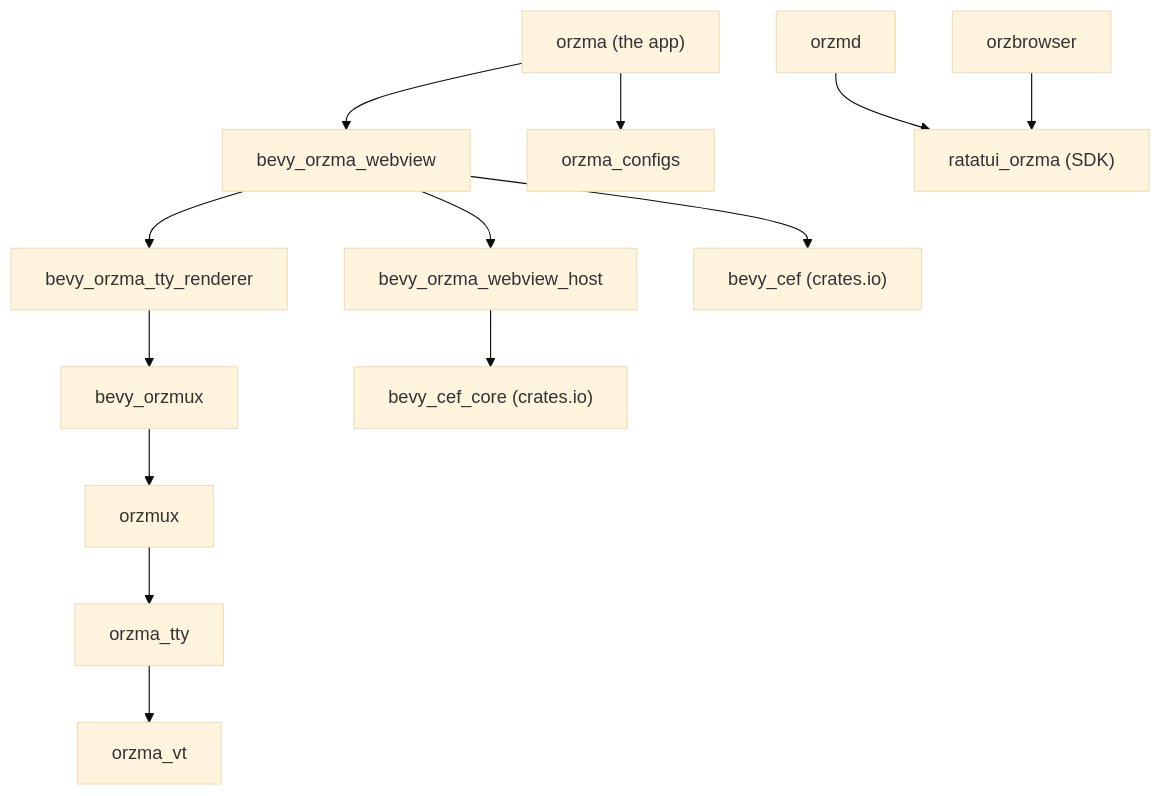
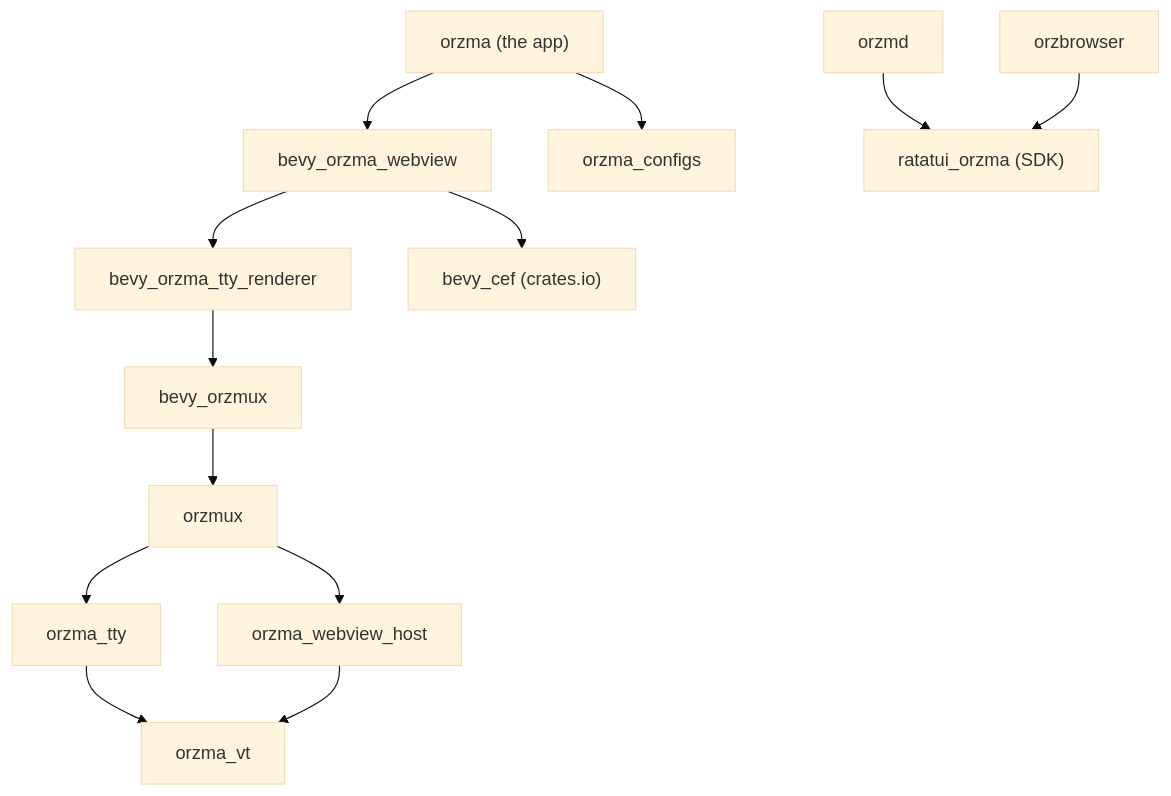
Before and after one commit to not-elm/orzma: the diagram in CONTRIBUTING.md, drawn with Mermaid (base theme). The commit also changed other lines of this file and 13 other files, not shown here.

````diff
--- a/CONTRIBUTING.md
+++ b/CONTRIBUTING.md
@@ -58,29 +55,28 @@
 ```mermaid
 flowchart TD
     orzma["orzma (the app)"]
     webview["bevy_orzma_webview"]
-    host["bevy_orzma_webview_host"]
+    host["orzma_webview_host"]
     renderer["bevy_orzma_tty_renderer"]
     bevy_orzmux["bevy_orzmux"]
     orzmux["orzmux"]
     tty["orzma_tty"]
     vt["orzma_vt"]
     configs["orzma_configs"]
     cef["bevy_cef (crates.io)"]
-    cefcore["bevy_cef_core (crates.io)"]
     sdk["ratatui_orzma (SDK)"]
     orzmd["orzmd"]
     orzbrowser["orzbrowser"]
     orzma --> webview
     orzma --> configs
     webview --> renderer
-    webview --> host
     webview --> cef
     renderer --> bevy_orzmux
     bevy_orzmux --> orzmux
     orzmux --> tty
+    orzmux --> host
     tty --> vt
-    host --> cefcore
+    host --> vt
     orzmd --> sdk
     orzbrowser --> sdk
 ```
````
